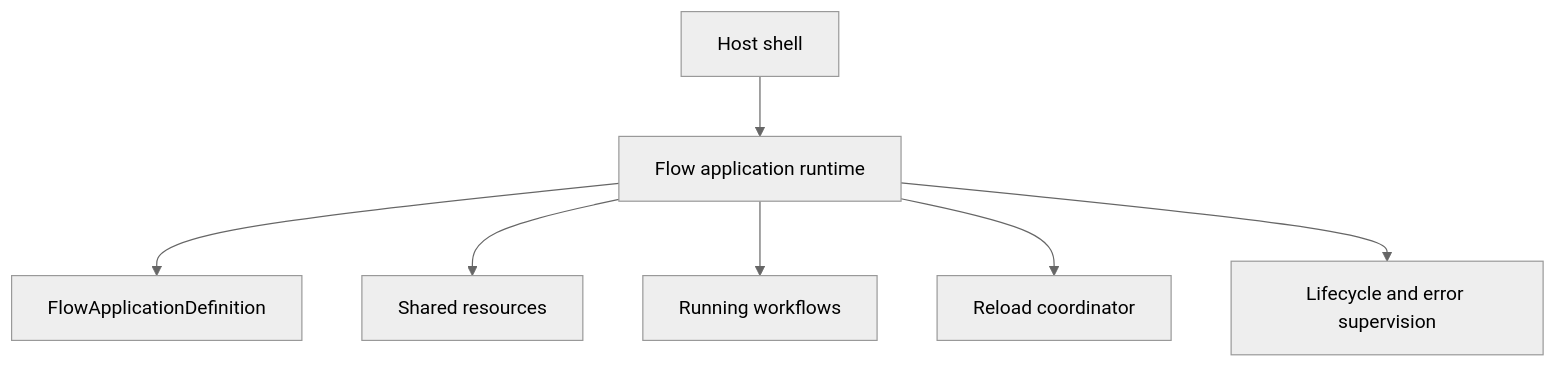
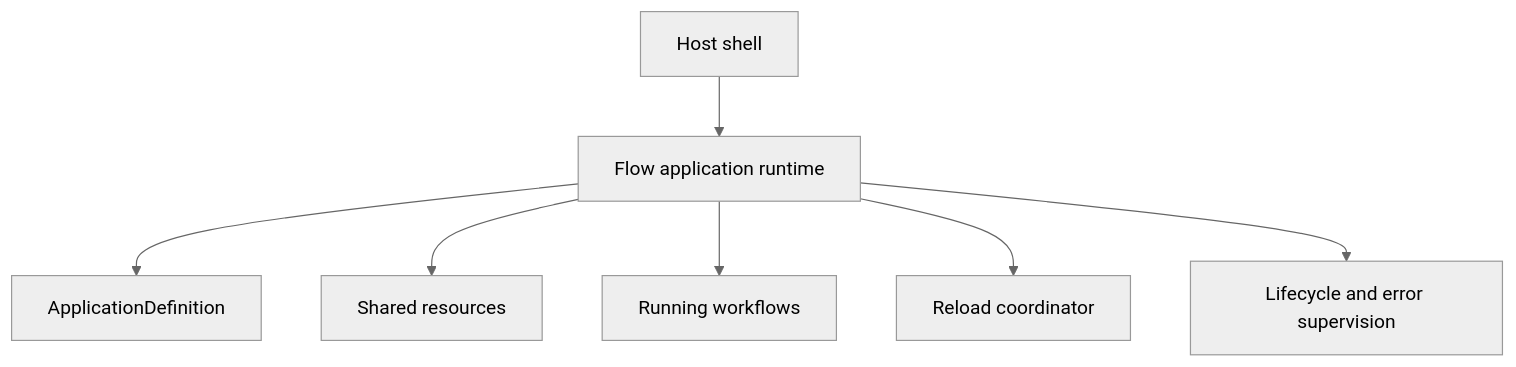
Before and after one commit to araxis/FluxMq: the third of 3 diagrams in docs/architecture.md, drawn with Mermaid (neutral theme). The commit also changed other lines of this file and 12 other files, not shown here.

````diff
--- a/docs/architecture.md
+++ b/docs/architecture.md
@@ -161,9 +156,9 @@
 ```mermaid
 flowchart TD
     Host["Host shell"] --> Runtime["Flow application runtime"]
-    Runtime --> Definition["FlowApplicationDefinition"]
+    Runtime --> Definition["ApplicationDefinition"]
     Runtime --> Resources["Shared resources"]
     Runtime --> Workflows["Running workflows"]
     Runtime --> Reload["Reload coordinator"]
     Runtime --> Supervision["Lifecycle and error supervision"]
 ```
````
